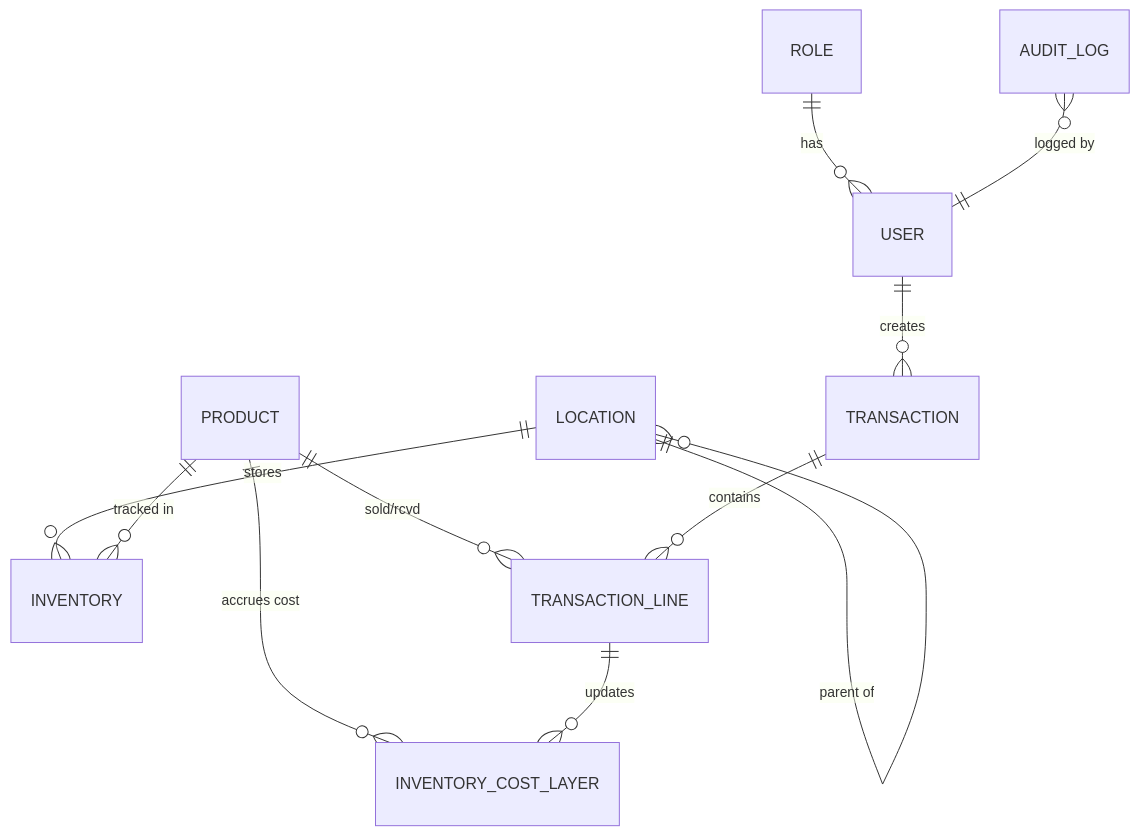
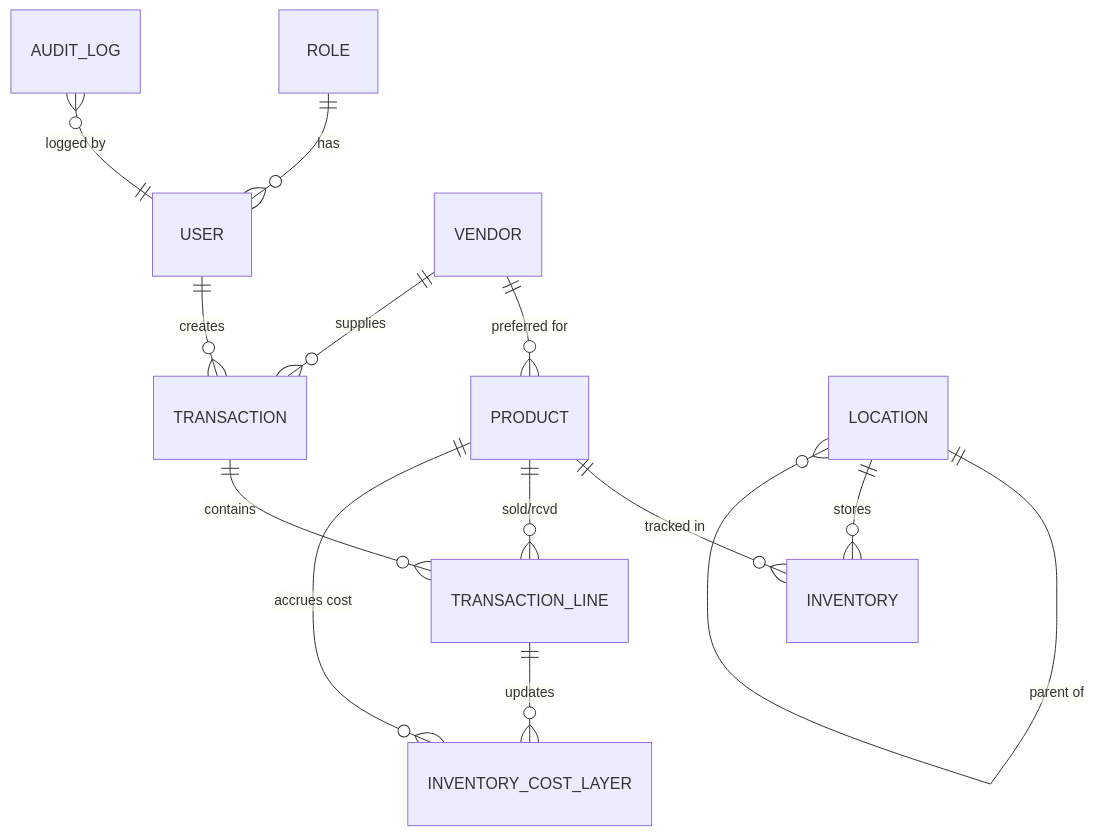
One commit to andrei-L1/inventory-system changed the diagram in DATABASE_DOCUMENTATION.md. Above: the diagram before and after it, drawn with Mermaid. The commit also changed other lines of this file and 10 other files, not shown here.

````diff
--- a/DATABASE_DOCUMENTATION.md
+++ b/DATABASE_DOCUMENTATION.md
@@ -66,13 +67,15 @@
 ```mermaid
 erDiagram
     ROLE ||--o{ USER : "has"
     USER ||--o{ TRANSACTION : "creates"
+    VENDOR ||--o{ PRODUCT : "preferred for"
+    VENDOR ||--o{ TRANSACTION : "supplies"
     LOCATION ||--o{ LOCATION : "parent of"
     LOCATION ||--o{ INVENTORY : "stores"
     PRODUCT ||--o{ INVENTORY : "tracked in"
     PRODUCT ||--o{ TRANSACTION_LINE : "sold/rcvd"
     PRODUCT ||--o{ INVENTORY_COST_LAYER : "accrues cost"
     TRANSACTION ||--o{ TRANSACTION_LINE : "contains"
     TRANSACTION_LINE ||--o{ INVENTORY_COST_LAYER : "updates"
     AUDIT_LOG }o--|| USER : "logged by"
 ```
````
